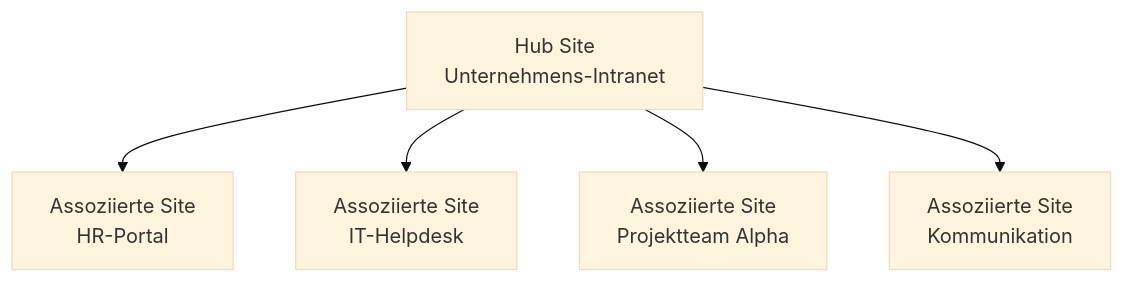
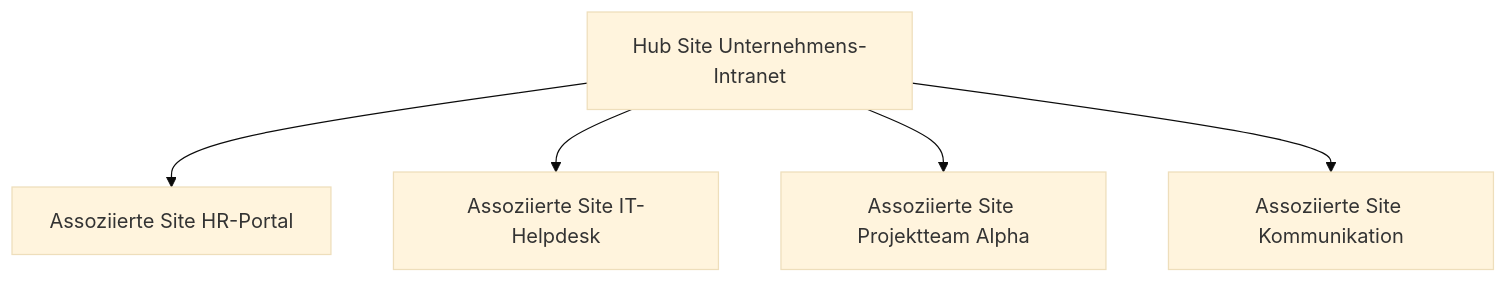
Before and after one commit to SoniiiT/notes-n-docs: the second of 3 diagrams in Microsoft 365/SharePoint OneDrive/Websitesammlungen verwalten.md, drawn with Mermaid (base theme). The commit also changed other lines of this file and 124 other files, not shown here.

First line of the commit message:
fix: Entferne \n aus allen Mermaid-Diagrammen (125 Dateien)

````diff
--- a/Microsoft 365/SharePoint OneDrive/Websitesammlungen verwalten.md
+++ b/Microsoft 365/SharePoint OneDrive/Websitesammlungen verwalten.md
@@ -280,7 +280,7 @@
 ```mermaid
 graph TD
-    Hub["Hub Site\nUnternehmens-Intranet"] --> A["Assoziierte Site\nHR-Portal"]
-    Hub --> B["Assoziierte Site\nIT-Helpdesk"]
-    Hub --> C["Assoziierte Site\nProjektteam Alpha"]
-    Hub --> D["Assoziierte Site\nKommunikation"]
+    Hub["Hub Site Unternehmens-Intranet"] --> A["Assoziierte Site HR-Portal"]
+    Hub --> B["Assoziierte Site IT-Helpdesk"]
+    Hub --> C["Assoziierte Site Projektteam Alpha"]
+    Hub --> D["Assoziierte Site Kommunikation"]
 ```
````
